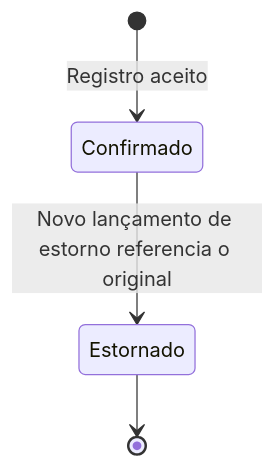
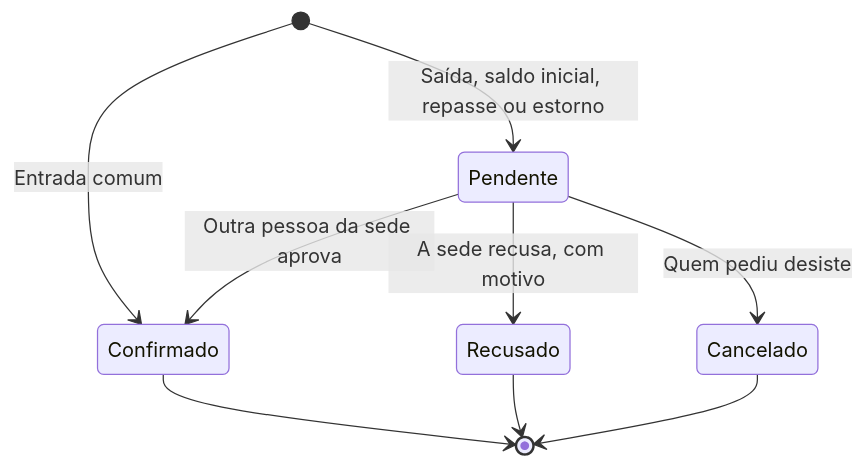
One commit to JTllesJR/sistema-igreja changed the fifth of 10 diagrams in docs/diagramas/fluxos.md. Above: the diagram before and after it, drawn with Mermaid. The commit also changed other lines of this file and 7 other files, not shown here.

````diff
--- a/docs/diagramas/fluxos.md
+++ b/docs/diagramas/fluxos.md
@@ -104,6 +104,11 @@
 ```mermaid
 stateDiagram-v2
-    [*] --> Confirmado: Registro aceito
-    Confirmado --> Estornado: Novo lançamento de estorno referencia o original
-    Estornado --> [*]
+    [*] --> Confirmado: Entrada comum
+    [*] --> Pendente: Saída, saldo inicial, repasse ou estorno
+    Pendente --> Confirmado: Outra pessoa da sede aprova
+    Pendente --> Recusado: A sede recusa, com motivo
+    Pendente --> Cancelado: Quem pediu desiste
+    Confirmado --> [*]
+    Recusado --> [*]
+    Cancelado --> [*]
 ```
````
